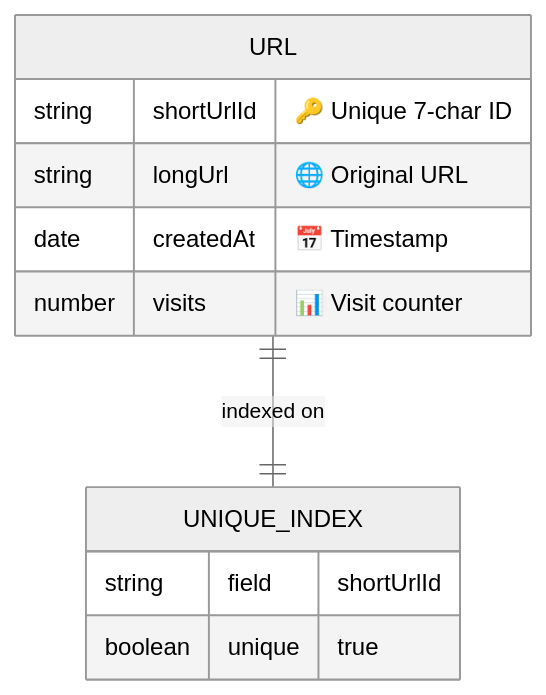
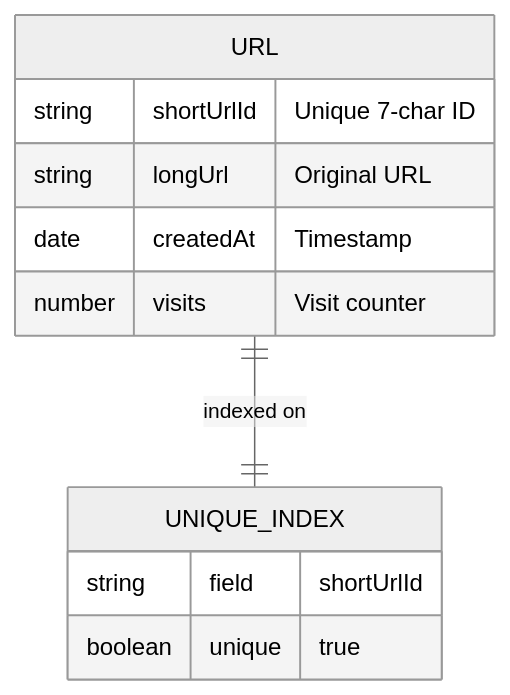
The ninth of 13 diagrams in url-shortener-lab02-feature-nginx-layer/README.md (Shahriarin2garden/url-shortener-lab02-feature-nginx-layer), drawn with Mermaid (neutral theme) before and after one commit. The commit also changed other lines of this file, not shown here.

````diff
--- a/url-shortener-lab02-feature-nginx-layer/README.md
+++ b/url-shortener-lab02-feature-nginx-layer/README.md
@@ -350,16 +388,16 @@
 ```mermaid
 erDiagram
     URL {
-        string shortUrlId "🔑 Unique 7-char ID"
-        string longUrl "🌐 Original URL"
-        date createdAt "📅 Timestamp"
-        number visits "📊 Visit counter"
+        string shortUrlId "Unique 7-char ID"
+        string longUrl "Original URL"
+        date createdAt "Timestamp"
+        number visits "Visit counter"
     }
-    
+
     URL ||--|| UNIQUE_INDEX : "indexed on"
-    
+
     UNIQUE_INDEX {
         string field "shortUrlId"
         boolean unique "true"
     }
 ```
````
